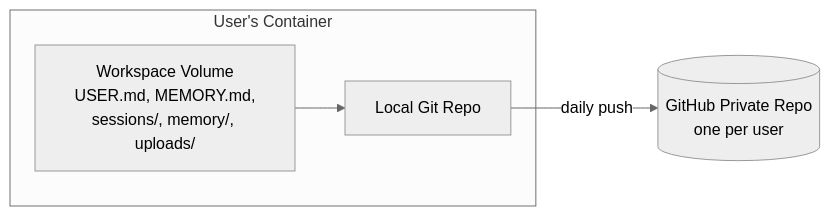
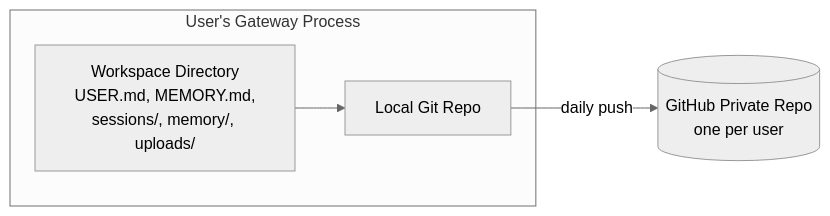
The first of 2 diagrams in brainstorm/backup.md (1qh/claw), drawn with Mermaid (neutral theme) before and after one commit. The commit also changed other lines of this file and 9 other files, not shown here.

Commit message:
Update all files: replace container refs with gateway process architecture

````diff
--- a/brainstorm/backup.md
+++ b/brainstorm/backup.md
@@ -9,10 +9,10 @@
 ```mermaid
 graph LR
-    subgraph "User's Container"
-        WS[Workspace Volume<br/>USER.md, MEMORY.md,<br/>sessions/, memory/, uploads/]
+    subgraph "User's Gateway Process"
+        WS[Workspace Directory<br/>USER.md, MEMORY.md,<br/>sessions/, memory/, uploads/]
         GIT[Local Git Repo]
     end
 
     WS --> GIT
     GIT -->|daily push| GH[(GitHub Private Repo<br/>one per user)]
 ```
````
